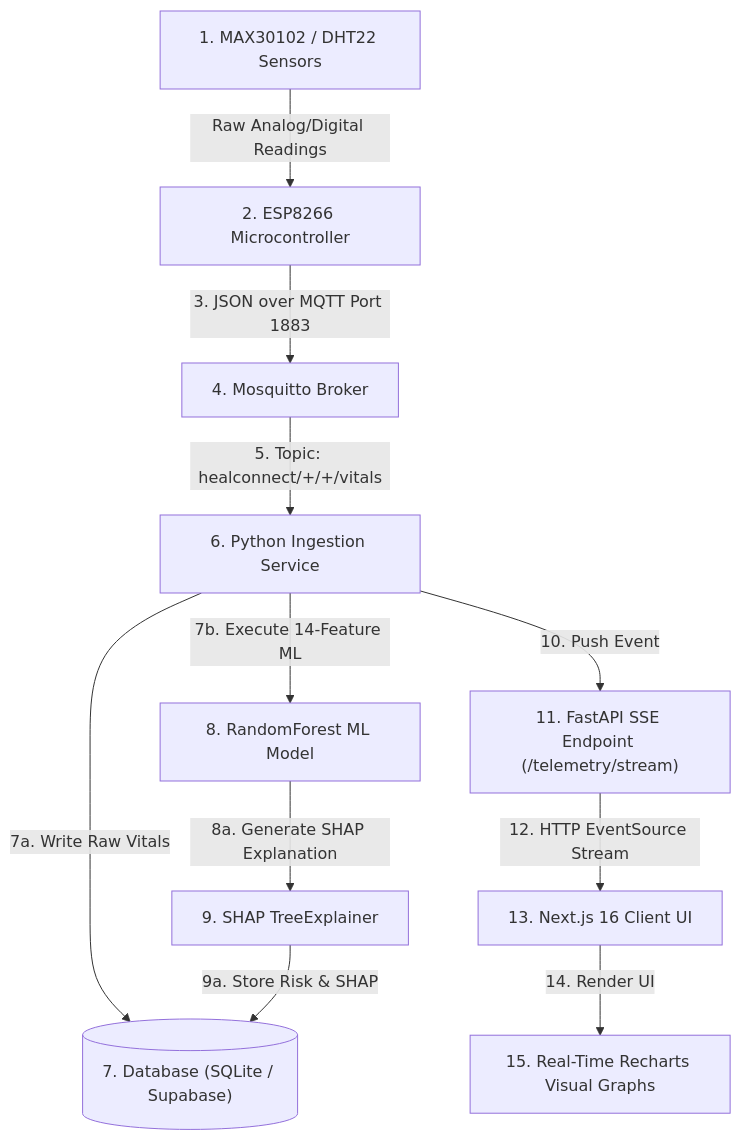
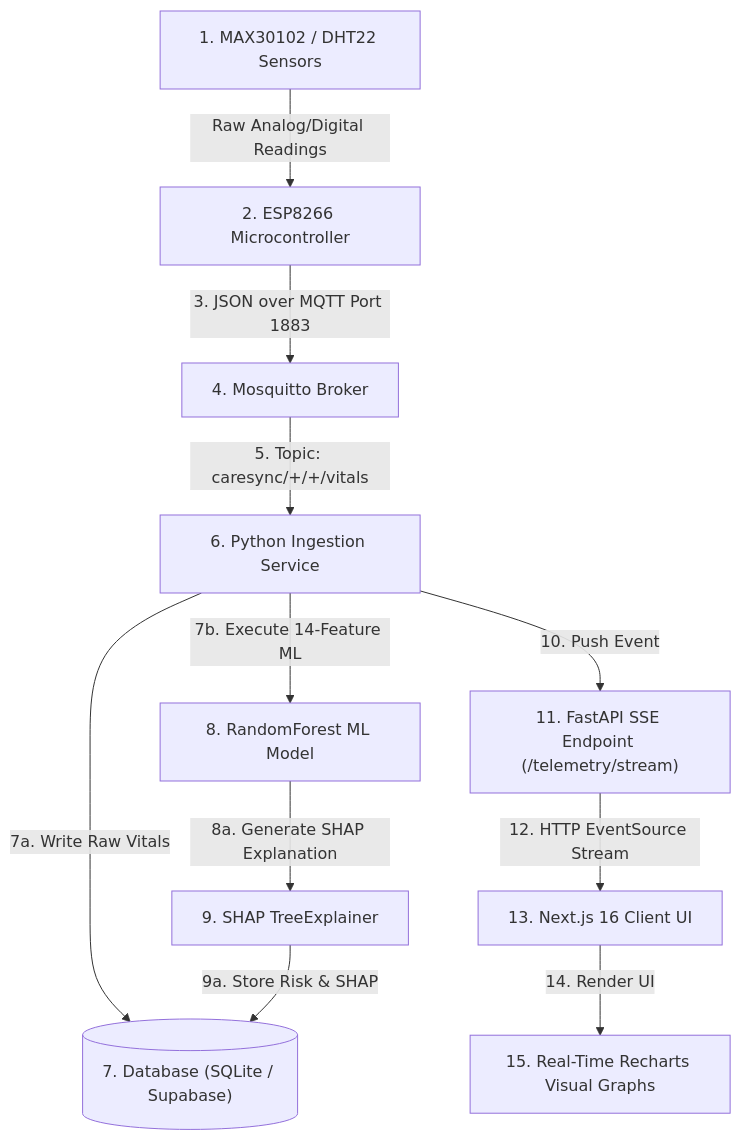
The diagram in architecture-project/13-data-flow-architecture.md (Pranjal-k22/CareSync), drawn with Mermaid before and after one commit. The commit also changed 41 other files, not shown here.

````diff
--- a/architecture-project/13-data-flow-architecture.md
+++ b/architecture-project/13-data-flow-architecture.md
@@ -6,15 +6,15 @@
 ```mermaid
 flowchart TD
     Sensors["1. MAX30102 / DHT22 Sensors"] -->|Raw Analog/Digital Readings| ESP["2. ESP8266 Microcontroller"]
     ESP -->|3. JSON over MQTT Port 1883| Mosquitto["4. Mosquitto Broker"]
-    Mosquitto -->|5. Topic: healconnect/+/+/vitals| Ingest["6. Python Ingestion Service"]
+    Mosquitto -->|5. Topic: caresync/+/+/vitals| Ingest["6. Python Ingestion Service"]
     
     Ingest -->|7a. Write Raw Vitals| DB[("7. Database (SQLite / Supabase)")]
     Ingest -->|7b. Execute 14-Feature ML| ML["8. RandomForest ML Model"]
     ML -->|8a. Generate SHAP Explanation| SHAP["9. SHAP TreeExplainer"]
     SHAP -->|9a. Store Risk & SHAP| DB
     
     Ingest -->|10. Push Event| SSE["11. FastAPI SSE Endpoint (/telemetry/stream)"]
     SSE -->|12. HTTP EventSource Stream| NextJS["13. Next.js 16 Client UI"]
     NextJS -->|14. Render UI| Recharts["15. Real-Time Recharts Visual Graphs"]
 ```
````
